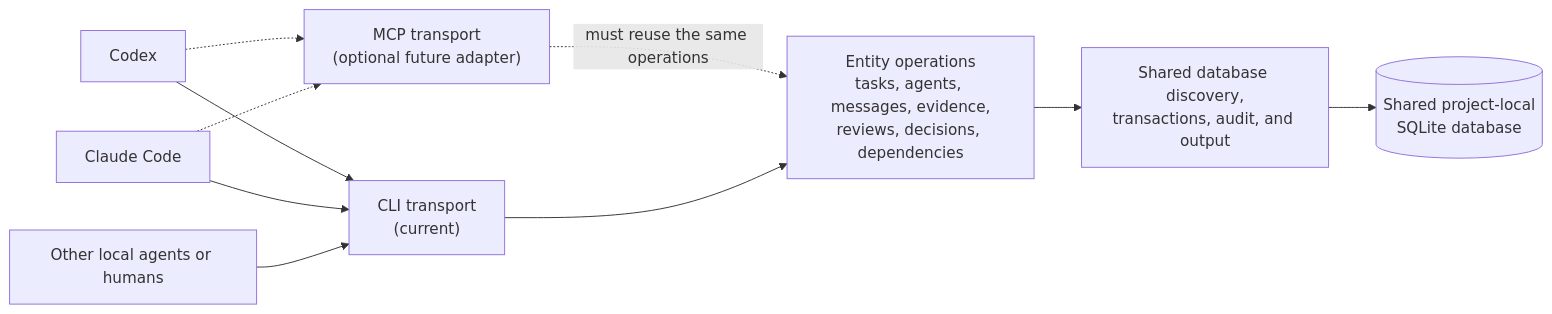
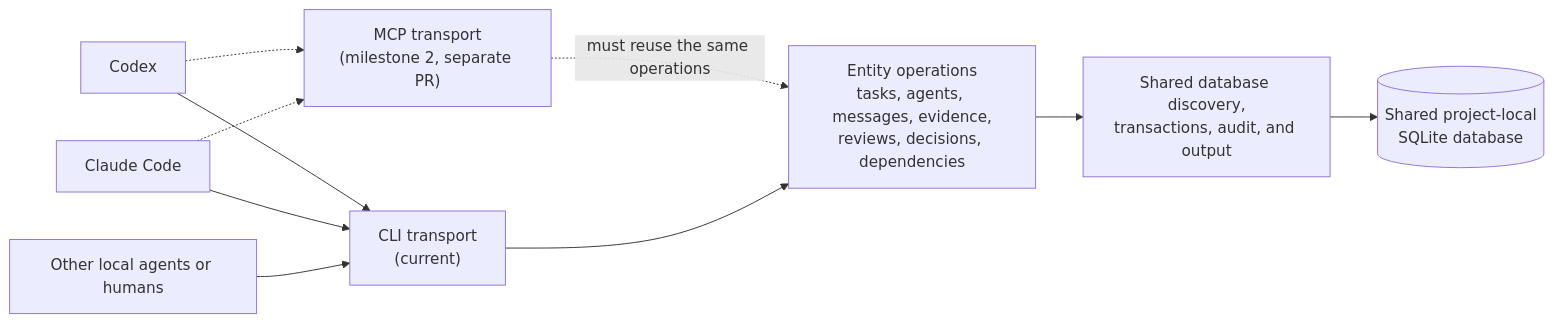
The diagram in coordination/README.md (jnuez94/agentic-project-scaffold-lite), drawn with Mermaid before and after one commit. The commit also changed other lines of this file and 29 other files, not shown here.

````diff
--- a/coordination/README.md
+++ b/coordination/README.md
@@ -13,22 +13,22 @@
 ```mermaid
 flowchart LR
     Codex["Codex"]
     Claude["Claude Code"]
     Other["Other local agents or humans"]
 
     CLI["CLI transport<br/>(current)"]
-    MCP["MCP transport<br/>(optional future adapter)"]
+    MCP["MCP transport<br/>(milestone 2, separate PR)"]
     Entities["Entity operations<br/>tasks, agents, messages, evidence,<br/>reviews, decisions, dependencies"]
     Core["Shared database discovery,<br/>transactions, audit, and output"]
     DB[("Shared project-local<br/>SQLite database")]
 
     Codex --> CLI
     Claude --> CLI
     Other --> CLI
     Codex -.-> MCP
     Claude -.-> MCP
     MCP -. "must reuse the same operations" .-> Entities
     CLI --> Entities
     Entities --> Core
     Core --> DB
 ```
````
